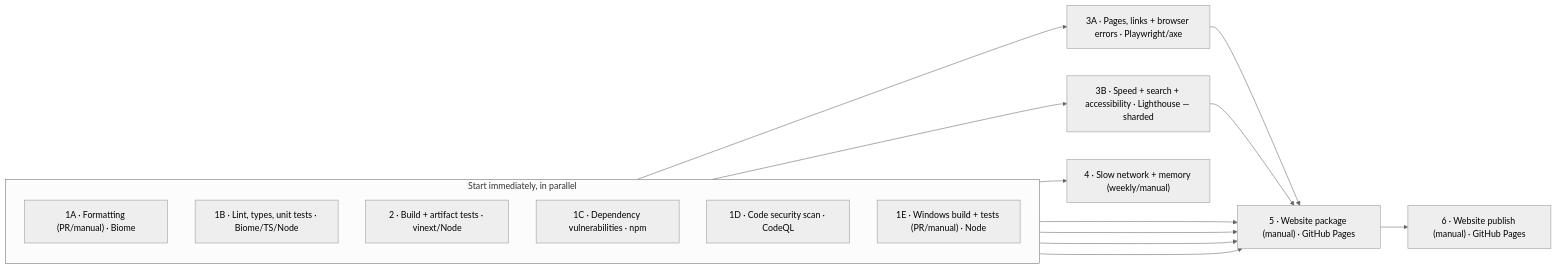
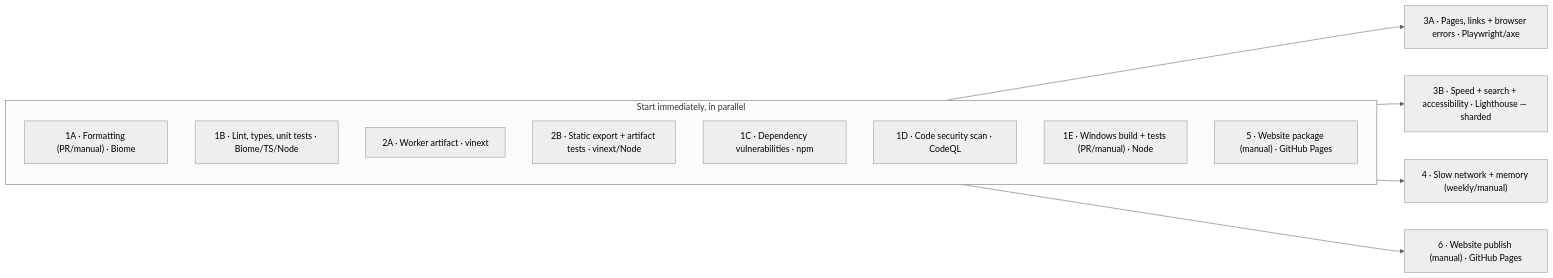
One commit to cconway1-stevens/ohat-website changed the fourth of 4 diagrams in README.md. Above: the diagram before and after it, drawn with Mermaid (neutral theme). The commit also changed other lines of this file and 4 other files, not shown here.

First line of the commit message:
perf(ci): take the Worker build off the critical path

````diff
--- a/README.md
+++ b/README.md
@@ -185,27 +185,22 @@
 ```mermaid
 flowchart LR
   subgraph gate["Start immediately, in parallel"]
     direction TB
     formatting["1A · Formatting (PR/manual) · Biome"]
     static_analysis["1B · Lint, types, unit tests · Biome/TS/Node"]
-    test_build["2 · Build + artifact tests · vinext/Node"]
+    build_worker["2A · Worker artifact · vinext"]
+    test_build["2B · Static export + artifact tests · vinext/Node"]
     dependency_security["1C · Dependency vulnerabilities · npm"]
     codeql["1D · Code security scan · CodeQL"]
     windows["1E · Windows build + tests (PR/manual) · Node"]
+    package_pages["5 · Website package (manual) · GitHub Pages"]
   end
   browser_functional["3A · Pages, links + browser errors · Playwright/axe"]
   lighthouse["3B · Speed + search + accessibility · Lighthouse — sharded"]
   resilience["4 · Slow network + memory (weekly/manual)"]
-  package_pages["5 · Website package (manual) · GitHub Pages"]
   deploy["6 · Website publish (manual) · GitHub Pages"]
   test_build --> browser_functional
   test_build --> lighthouse
   test_build --> resilience
-  static_analysis --> package_pages
-  test_build --> package_pages
-  browser_functional --> package_pages
-  lighthouse --> package_pages
-  dependency_security --> package_pages
-  codeql --> package_pages
   package_pages --> deploy
 ```
````
